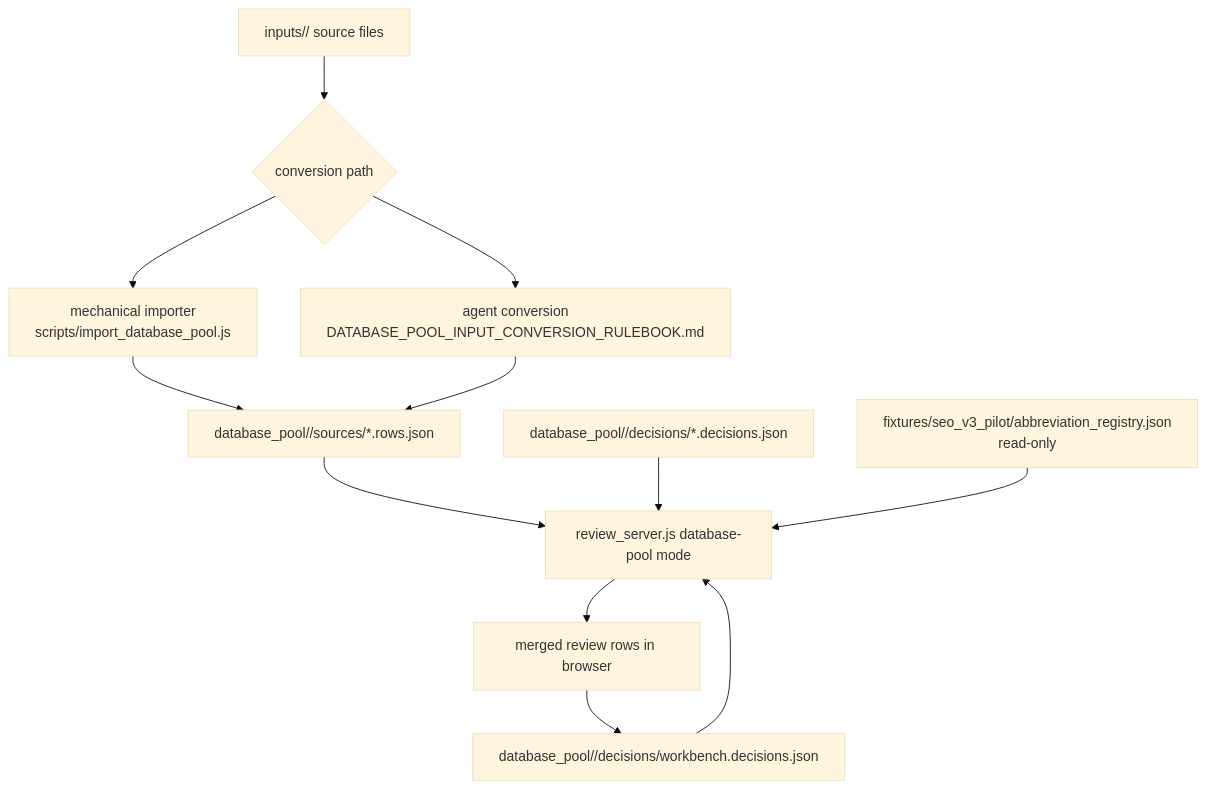
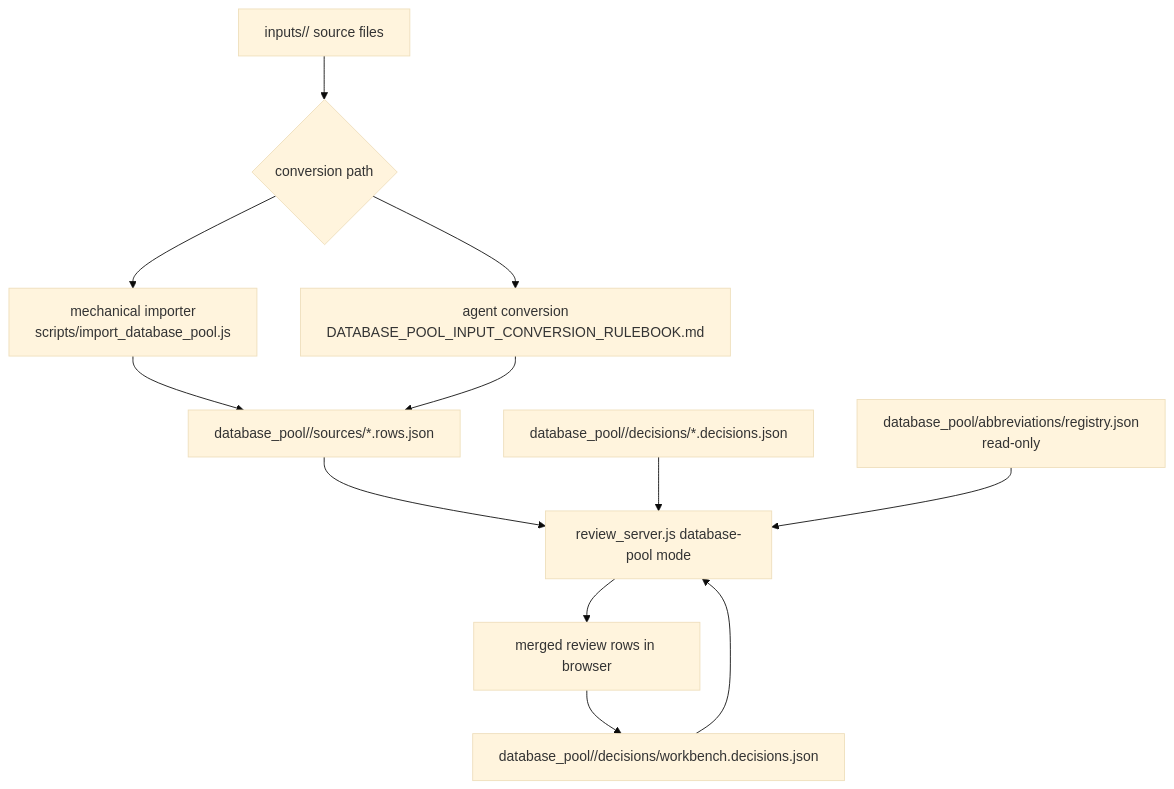
One commit to sindarin26/KBSI_4GSR_BEAMLINE_PV_RULE changed the diagram in plan/arch/current_data_pipeline.md. Above: the diagram before and after it, drawn with Mermaid (base theme). The commit also changed other lines of this file and 93 other files, not shown here.

Commit message:
Reset to SEO_V3 database-pool workflow

````diff
--- a/plan/arch/current_data_pipeline.md
+++ b/plan/arch/current_data_pipeline.md
@@ -10,14 +10,14 @@
 ```mermaid
 flowchart TD
   A[inputs/<pool_id>/ source files] --> B{conversion path}
   B --> C[mechanical importer\nscripts/import_database_pool.js]
   B --> D[agent conversion\nDATABASE_POOL_INPUT_CONVERSION_RULEBOOK.md]
   C --> E[database_pool/<pool_id>/sources/*.rows.json]
   D --> E
   E --> F[review_server.js database-pool mode]
   G[database_pool/<pool_id>/decisions/*.decisions.json] --> F
-  H[fixtures/seo_v3_pilot/abbreviation_registry.json\nread-only] --> F
+  H[database_pool/abbreviations/registry.json\nread-only] --> F
   F --> I[merged review rows in browser]
   I --> J[database_pool/<pool_id>/decisions/workbench.decisions.json]
   J --> F
 ```
````
